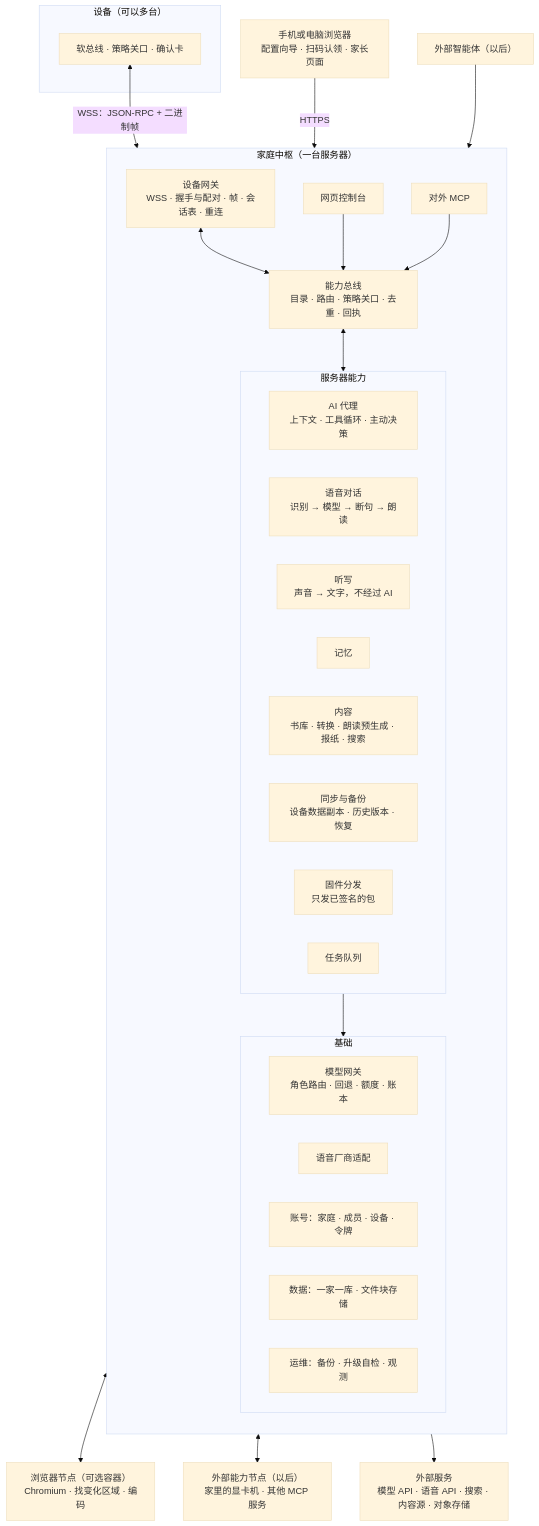
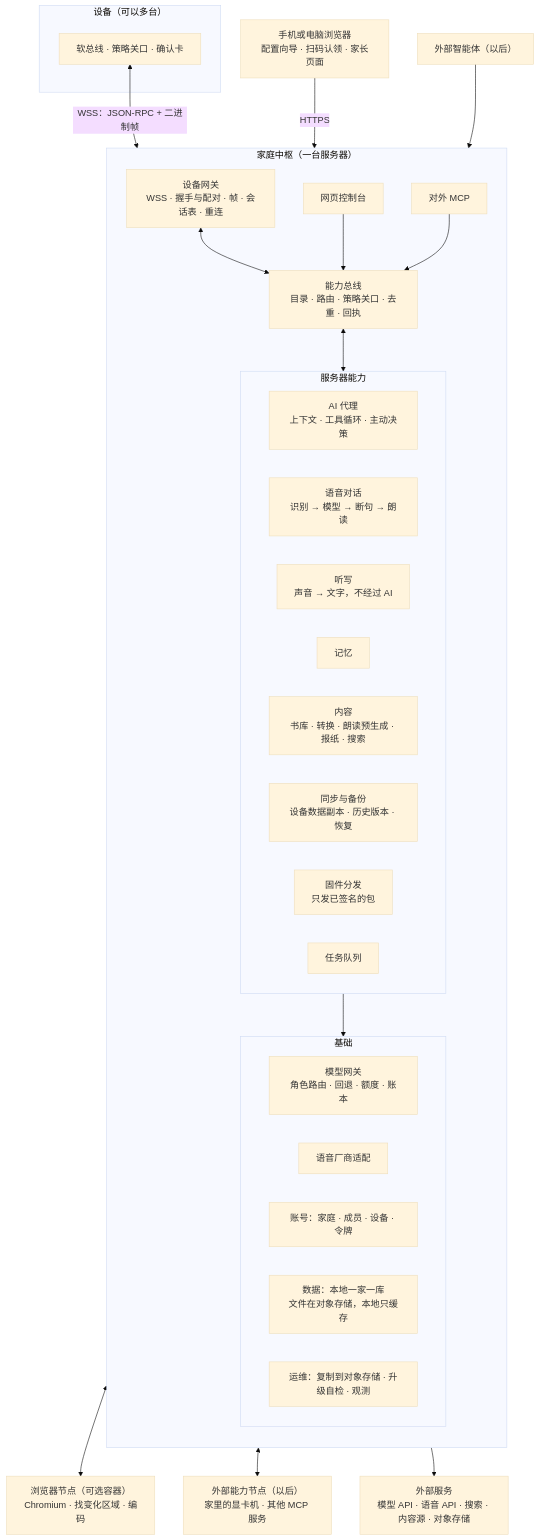
Before and after one commit to Gidean-zcx/ink: the first of 19 diagrams in docs/hub/hub-architecture.md, drawn with Mermaid (base theme). The commit also changed other lines of this file and 14 other files, not shown here.

````diff
--- a/docs/hub/hub-architecture.md
+++ b/docs/hub/hub-architecture.md
@@ -137,48 +139,48 @@
 ```mermaid
 flowchart TB
   subgraph DEV["设备（可以多台）"]
     DBUS["软总线 · 策略关口 · 确认卡"]
   end
   PHONE["手机或电脑浏览器<br/>配置向导 · 扫码认领 · 家长页面"]
   subgraph HUB["家庭中枢（一台服务器）"]
     direction TB
     GW["设备网关<br/>WSS · 握手与配对 · 帧 · 会话表 · 重连"]
     BUS["能力总线<br/>目录 · 路由 · 策略关口 · 去重 · 回执"]
     subgraph CAPS["服务器能力"]
       direction LR
       AGENT["AI 代理<br/>上下文 · 工具循环 · 主动决策"]
       VOICE["语音对话<br/>识别 → 模型 → 断句 → 朗读"]
       DICT["听写<br/>声音 → 文字，不经过 AI"]
       MEM["记忆"]
       CONTENT["内容<br/>书库 · 转换 · 朗读预生成 · 报纸 · 搜索"]
       SYNC["同步与备份<br/>设备数据副本 · 历史版本 · 恢复"]
       FW["固件分发<br/>只发已签名的包"]
       JOBS["任务队列"]
     end
     subgraph BASE["基础"]
       direction LR
       MODEL["模型网关<br/>角色路由 · 回退 · 额度 · 账本"]
       SPEECH["语音厂商适配"]
       ACC["账号：家庭 · 成员 · 设备 · 令牌"]
-      DATA["数据：一家一库 · 文件块存储"]
-      OPS["运维：备份 · 升级自检 · 观测"]
+      DATA["数据：本地一家一库<br/>文件在对象存储，本地只缓存"]
+      OPS["运维：复制到对象存储 · 升级自检 · 观测"]
     end
     CONSOLE["网页控制台"]
     MCP["对外 MCP"]
     GW <--> BUS
     BUS <--> CAPS
     CAPS --> BASE
     CONSOLE --> BUS
     MCP --> BUS
   end
   BROWSER["浏览器节点（可选容器）<br/>Chromium · 找变化区域 · 编码"]
   EXTN["外部能力节点（以后）<br/>家里的显卡机 · 其他 MCP 服务"]
   EXT["外部服务<br/>模型 API · 语音 API · 搜索 · 内容源 · 对象存储"]
   EXTAGENT["外部智能体（以后）"]
   DBUS <-- "WSS：JSON-RPC + 二进制帧" --> GW
   PHONE -- "HTTPS" --> CONSOLE
   BUS <--> BROWSER
   BUS <--> EXTN
   BASE --> EXT
   EXTAGENT --> MCP
 ```
````
